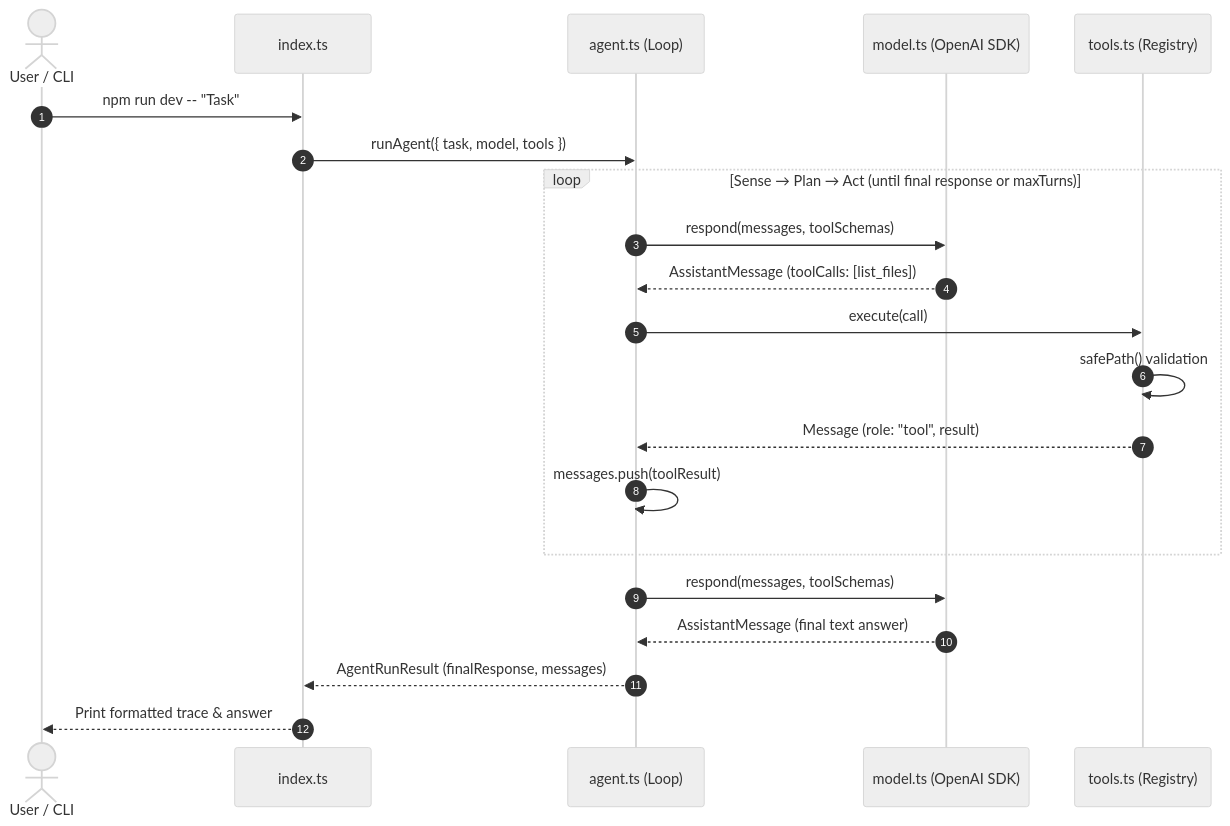
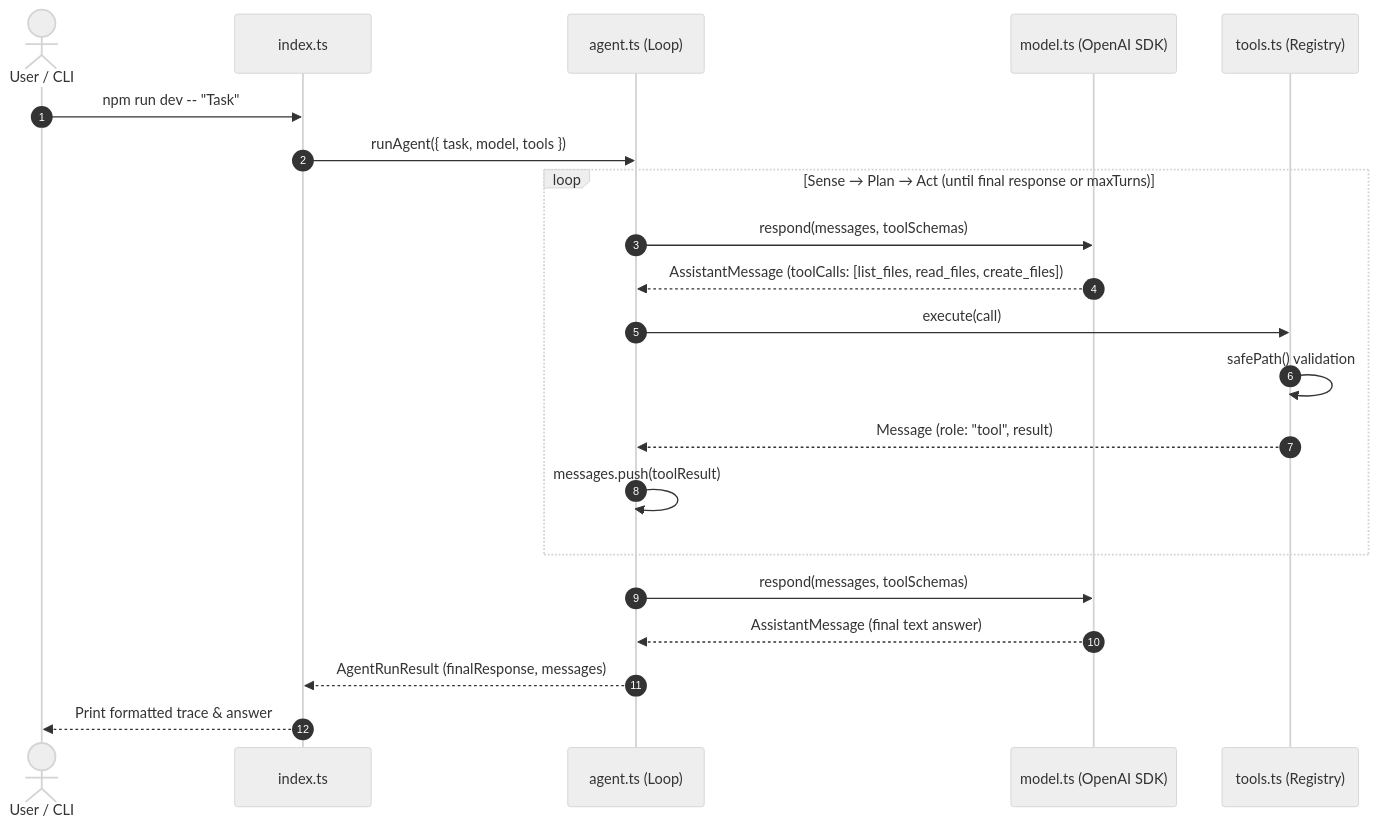
The diagram in docs/code-map.md (JacobAdams54/CoyoteCode), drawn with Mermaid (neutral theme) before and after one commit. The commit also changed other lines of this file and 2 other files, not shown here.

Commit message:
feat: add read_files tool for reading file contents and update documentation

````diff
--- a/docs/code-map.md
+++ b/docs/code-map.md
@@ -5,26 +5,26 @@
 ```mermaid
 sequenceDiagram
     autonumber
     actor Terminal as User / CLI
     participant Index as index.ts
     participant Agent as agent.ts (Loop)
     participant Model as model.ts (OpenAI SDK)
     participant Tools as tools.ts (Registry)
 
     Terminal->>Index: npm run dev -- "Task"
     Index->>Agent: runAgent({ task, model, tools })
 
     loop Sense → Plan → Act (until final response or maxTurns)
         Agent->>Model: respond(messages, toolSchemas)
-        Model-->>Agent: AssistantMessage (toolCalls: [list_files])
+        Model-->>Agent: AssistantMessage (toolCalls: [list_files, read_files, create_files])
         Agent->>Tools: execute(call)
         Tools->>Tools: safePath() validation
         Tools-->>Agent: Message (role: "tool", result)
         Agent->>Agent: messages.push(toolResult)
     end
 
     Agent->>Model: respond(messages, toolSchemas)
     Model-->>Agent: AssistantMessage (final text answer)
     Agent-->>Index: AgentRunResult (finalResponse, messages)
     Index-->>Terminal: Print formatted trace & answer
 ```
````
